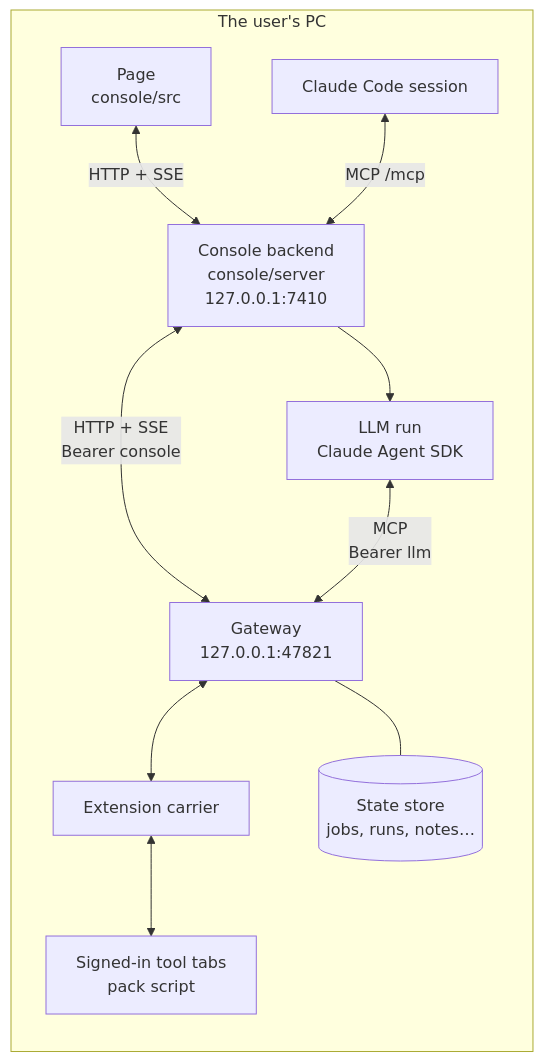
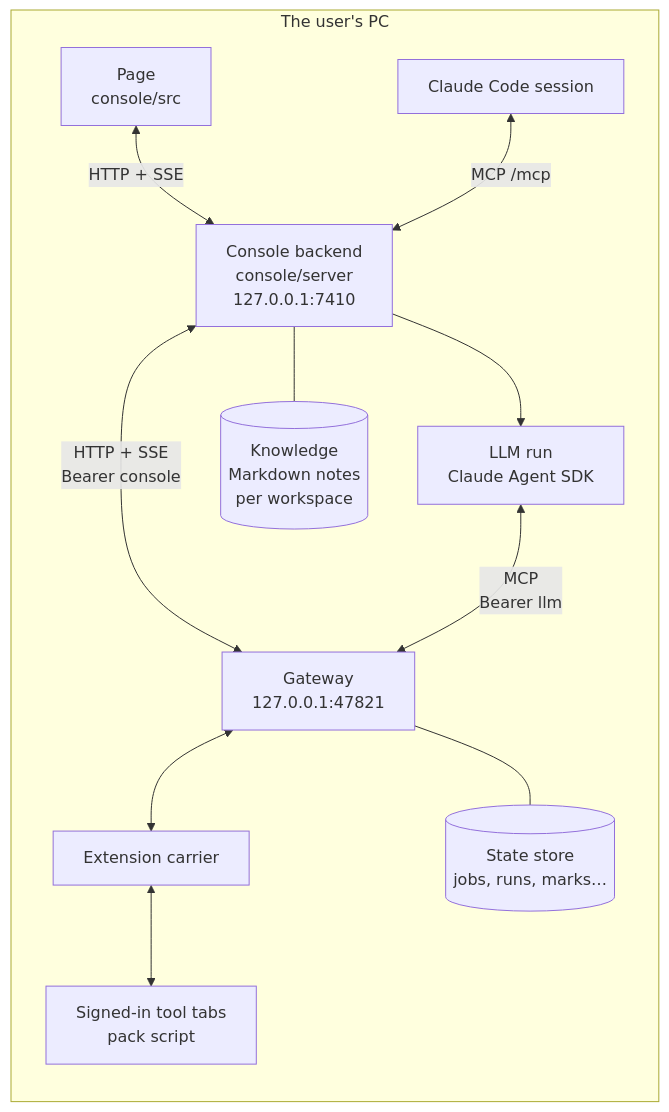
The first of 4 diagrams in docs/architecture.md (vaaaaQ/work-console-core), drawn with Mermaid before and after one commit. The commit also changed other lines of this file and 18 other files, not shown here.

First line of the commit message:
Knowledge: notes in a local folder per workspace, not in B

````diff
--- a/docs/architecture.md
+++ b/docs/architecture.md
@@ -3,13 +3,14 @@
 ```mermaid
 flowchart LR
   subgraph PC[The user's PC]
     page[Page<br/>console/src] <-- HTTP + SSE --> backend[Console backend<br/>console/server<br/>127.0.0.1:7410]
     backend <-- HTTP + SSE<br/>Bearer console --> gw[Gateway<br/>127.0.0.1:47821]
     sdk[LLM run<br/>Claude Agent SDK] <-- MCP<br/>Bearer llm --> gw
     backend --> sdk
     cc[Claude Code session] <-- MCP /mcp --> backend
     gw <--> carrier[Extension carrier]
     carrier <--> tabs[Signed-in tool tabs<br/>pack script]
-    gw --- state[(State store<br/>jobs, runs, notes…)]
+    gw --- state[(State store<br/>jobs, runs, marks…)]
+    backend --- kn[(Knowledge<br/>Markdown notes<br/>per workspace)]
   end
 ```
````
